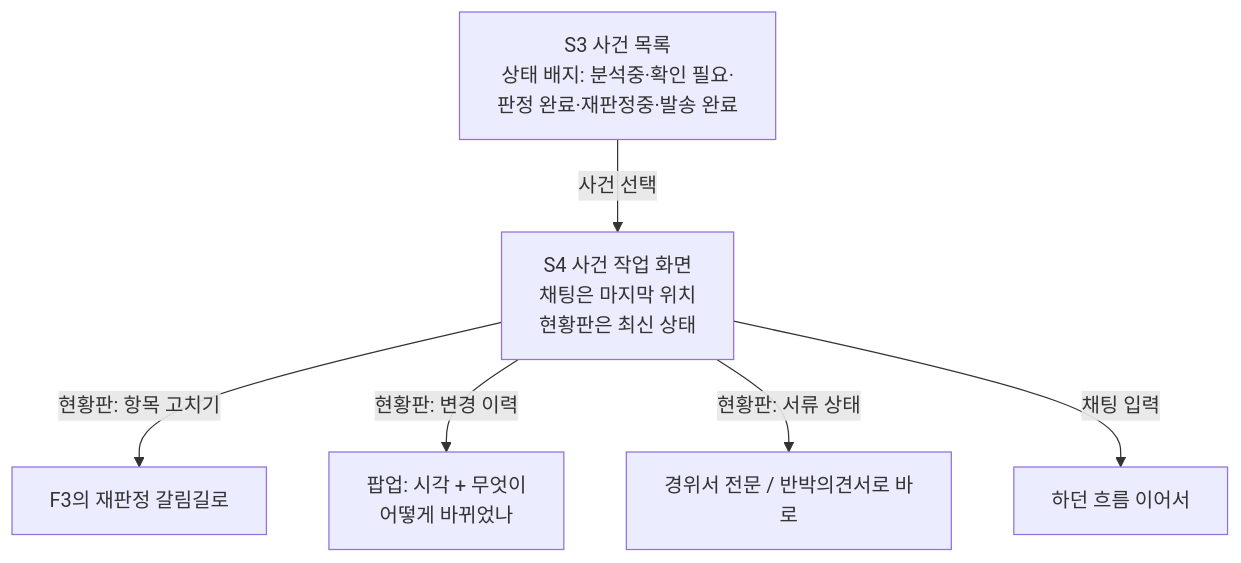
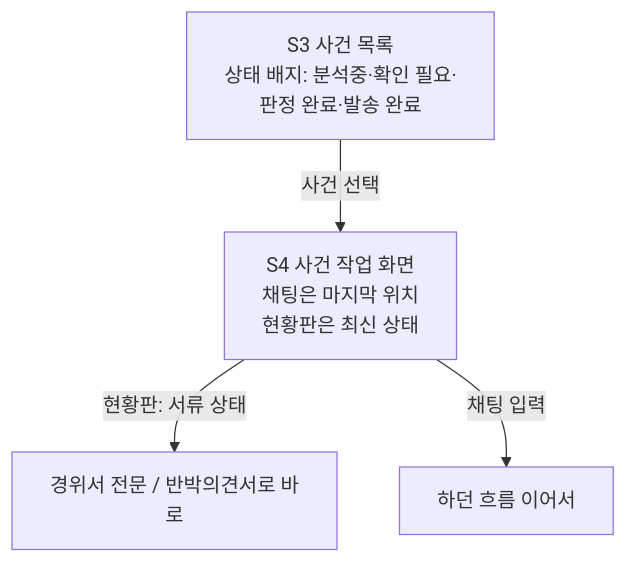
Before and after one commit to zinnli/fairway: the eighth of 8 diagrams in docs/handoff/03_유저플로우.md, drawn with Mermaid. The commit also changed other lines of this file and 112 other files, not shown here.

````diff
--- a/docs/handoff/03_유저플로우.md
+++ b/docs/handoff/03_유저플로우.md
@@ -177,8 +155,6 @@
 ```mermaid
 flowchart TD
-  A["S3 사건 목록<br/>상태 배지: 분석중·확인 필요·<br/>판정 완료·재판정중·발송 완료"] -->|사건 선택| B["S4 사건 작업 화면<br/>채팅은 마지막 위치<br/>현황판은 최신 상태"]
-  B -->|현황판: 항목 고치기| C["F3의 재판정 갈림길로"]
-  B -->|현황판: 변경 이력| D["팝업: 시각 + 무엇이<br/>어떻게 바뀌었나"]
+  A["S3 사건 목록<br/>상태 배지: 분석중·확인 필요·<br/>판정 완료·발송 완료"] -->|사건 선택| B["S4 사건 작업 화면<br/>채팅은 마지막 위치<br/>현황판은 최신 상태"]
   B -->|현황판: 서류 상태| E["경위서 전문 / 반박의견서로 바로"]
   B -->|채팅 입력| F["하던 흐름 이어서"]
 ```
````
